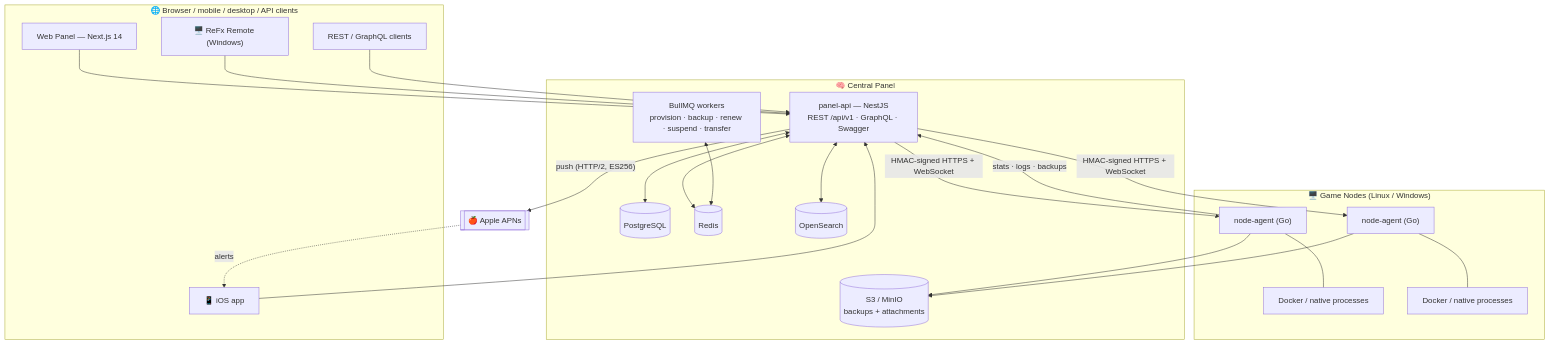
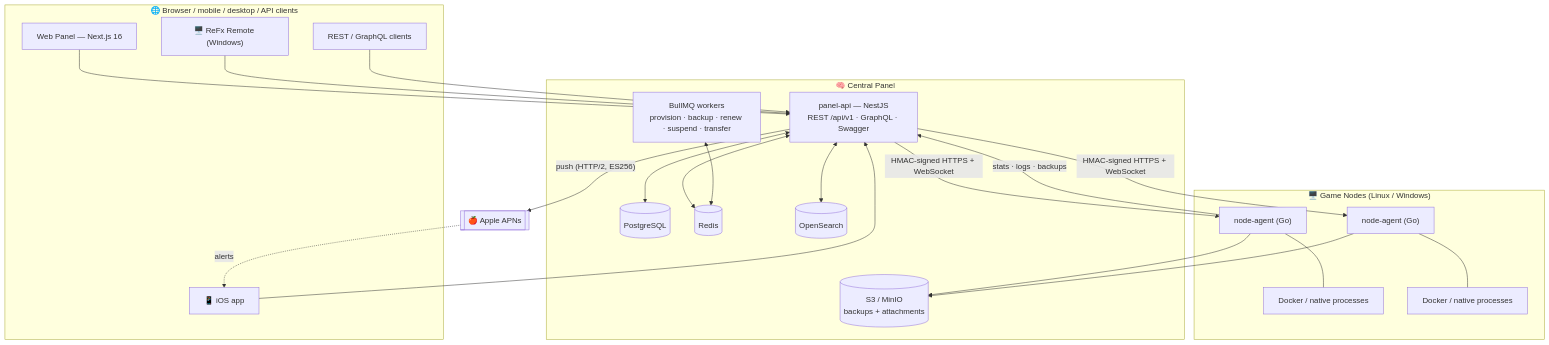
One commit to ReFxFrank/ReFxHosting changed the first of 2 diagrams in README.md. Above: the diagram before and after it, drawn with Mermaid. The commit also changed other lines of this file and 8 other files, not shown here.

````diff
--- a/README.md
+++ b/README.md
@@ -127,43 +127,43 @@
 ```mermaid
 flowchart TB
     subgraph Client["🌐 Browser / mobile / desktop / API clients"]
-        UI["Web Panel — Next.js 14"]
+        UI["Web Panel — Next.js 16"]
         IOS["📱 iOS app"]
         WIN["🖥️ ReFx Remote (Windows)"]
         API_C["REST / GraphQL clients"]
     end
 
     subgraph Central["🧠 Central Panel"]
         API["panel-api — NestJS<br/>REST /api/v1 · GraphQL · Swagger"]
         Q["BullMQ workers<br/>provision · backup · renew · suspend · transfer"]
         DB[("PostgreSQL")]
         R[("Redis")]
         S3[("S3 / MinIO<br/>backups + attachments")]
         OS[("OpenSearch")]
     end
 
     APNS[["🍎 Apple APNs"]]
 
     subgraph Nodes["🖥️ Game Nodes (Linux / Windows)"]
         A1["node-agent (Go)"]
         A2["node-agent (Go)"]
         A1 --- D1["Docker / native processes"]
         A2 --- D2["Docker / native processes"]
     end
 
     UI --> API
     IOS --> API
     WIN --> API
     API_C --> API
     API <--> DB
     API <--> R
     API <--> OS
     Q <--> R
     API -- "push (HTTP/2, ES256)" --> APNS
     APNS -. "alerts" .-> IOS
     API -- "HMAC-signed HTTPS + WebSocket" --> A1
     API -- "HMAC-signed HTTPS + WebSocket" --> A2
     A1 -- "stats · logs · backups" --> API
     A1 --> S3
     A2 --> S3
 ```
````
